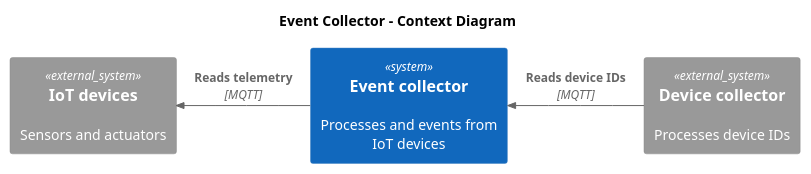
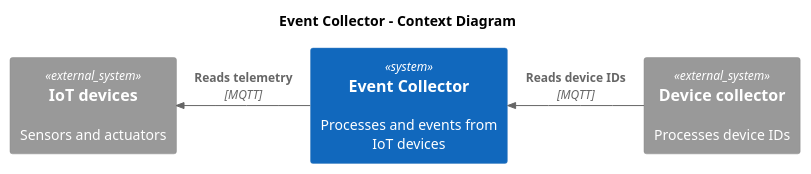
One commit to ds-usova/ourcode-iot-platform changed the diagram in event-collector/architecture/diagrams/context.puml. Above: the diagram before and after it, drawn with PlantUML. The commit also changed 9 other files, not shown here.

```diff
--- a/event-collector/architecture/diagrams/context.puml
+++ b/event-collector/architecture/diagrams/context.puml
@@ -1,17 +1,17 @@
 @startuml Context
 !includeurl https://raw.githubusercontent.com/plantuml-stdlib/C4-PlantUML/master/C4_Context.puml
 
 title Event Collector - Context Diagram
 
 ' Internal
-System(event_collector, "Event collector", "Processes and events from IoT devices")
+System(event_collector, "Event Collector", "Processes and events from IoT devices")
 
 ' External systems
 System_Ext(iot_device, "IoT devices", "Sensors and actuators")
 System_Ext(device_collector, "Device collector", "Processes device IDs")
 
 ' Relations
 Rel_L(event_collector, iot_device, "Reads telemetry", "MQTT")
 Rel_L(device_collector, event_collector, "Reads device IDs", "MQTT")
 
 @enduml
```
